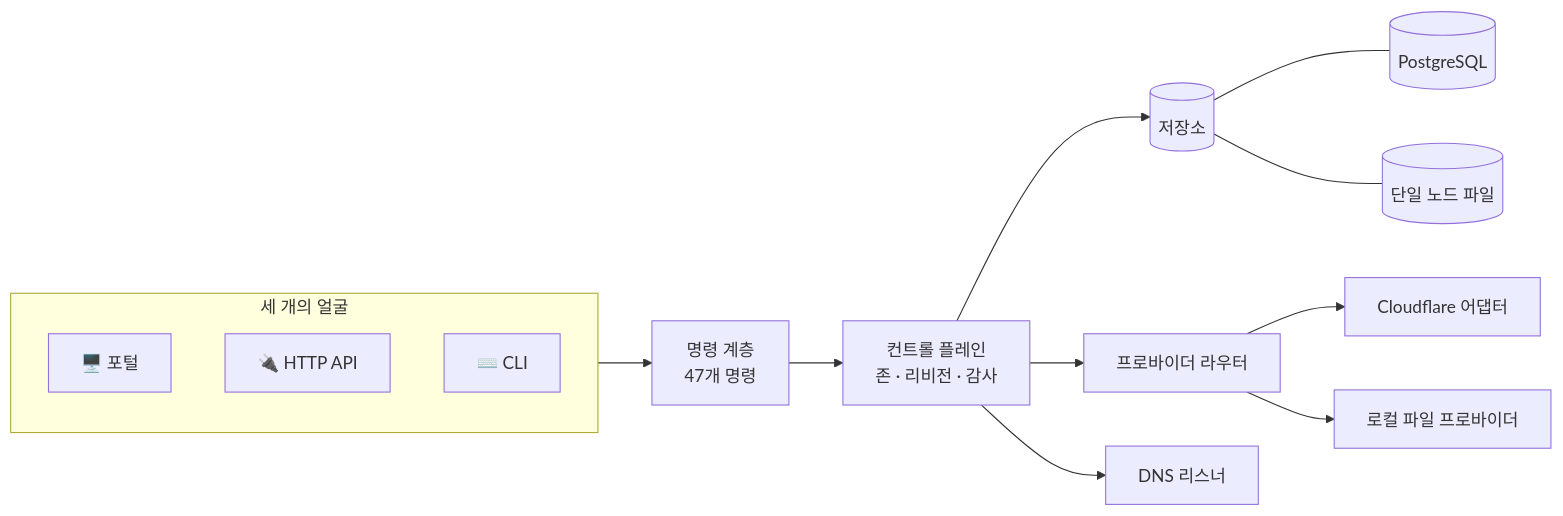
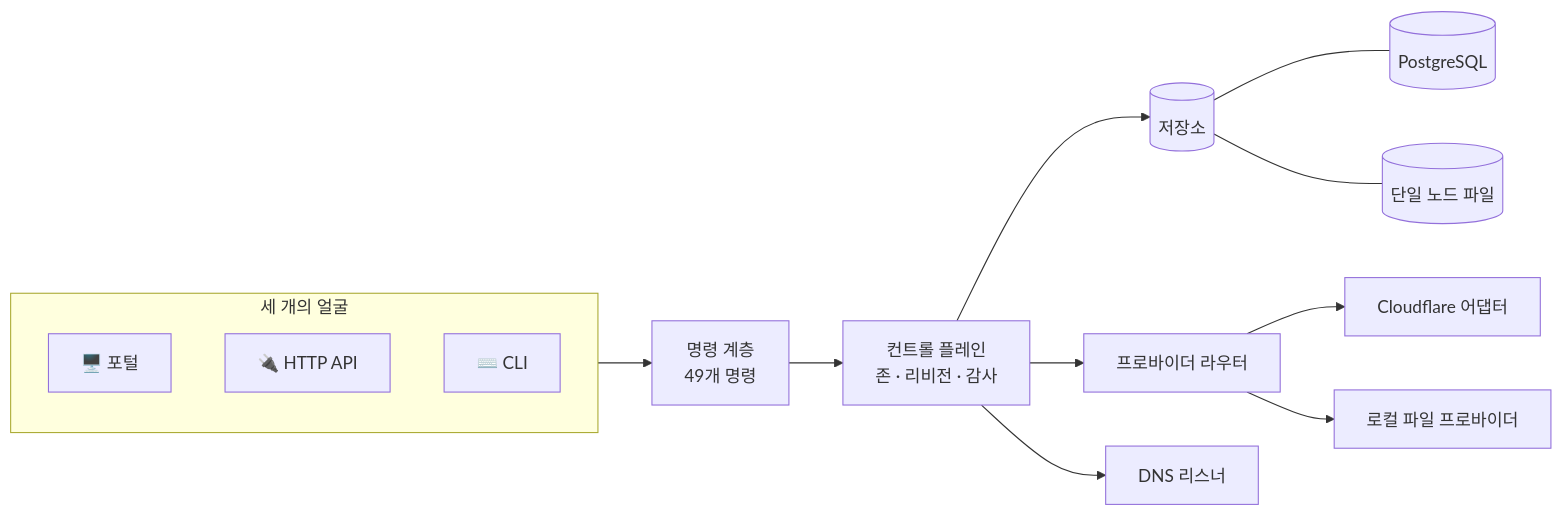
One commit to henryj-dev/parallax changed the second of 3 diagrams in README.ko.md. Above: the diagram before and after it, drawn with Mermaid. The commit also changed other lines of this file and 4 other files, not shown here.

````diff
--- a/README.ko.md
+++ b/README.ko.md
@@ -191,21 +191,21 @@
 ```mermaid
 flowchart LR
     subgraph faces["세 개의 얼굴"]
         P["🖥️ 포털"]
         A["🔌 HTTP API"]
         C["⌨️ CLI"]
     end
 
-    faces --> CMD["명령 계층<br/>47개 명령"]
+    faces --> CMD["명령 계층<br/>49개 명령"]
     CMD --> CP["컨트롤 플레인<br/>존 · 리비전 · 감사"]
 
     CP --> ST[("저장소")]
     CP --> RT["프로바이더 라우터"]
 
     ST --- PG[("PostgreSQL")]
     ST --- FS[("단일 노드 파일")]
 
     RT --> CFA["Cloudflare 어댑터"]
     RT --> LOC["로컬 파일 프로바이더"]
     CP --> DNS["DNS 리스너"]
 ```
````
